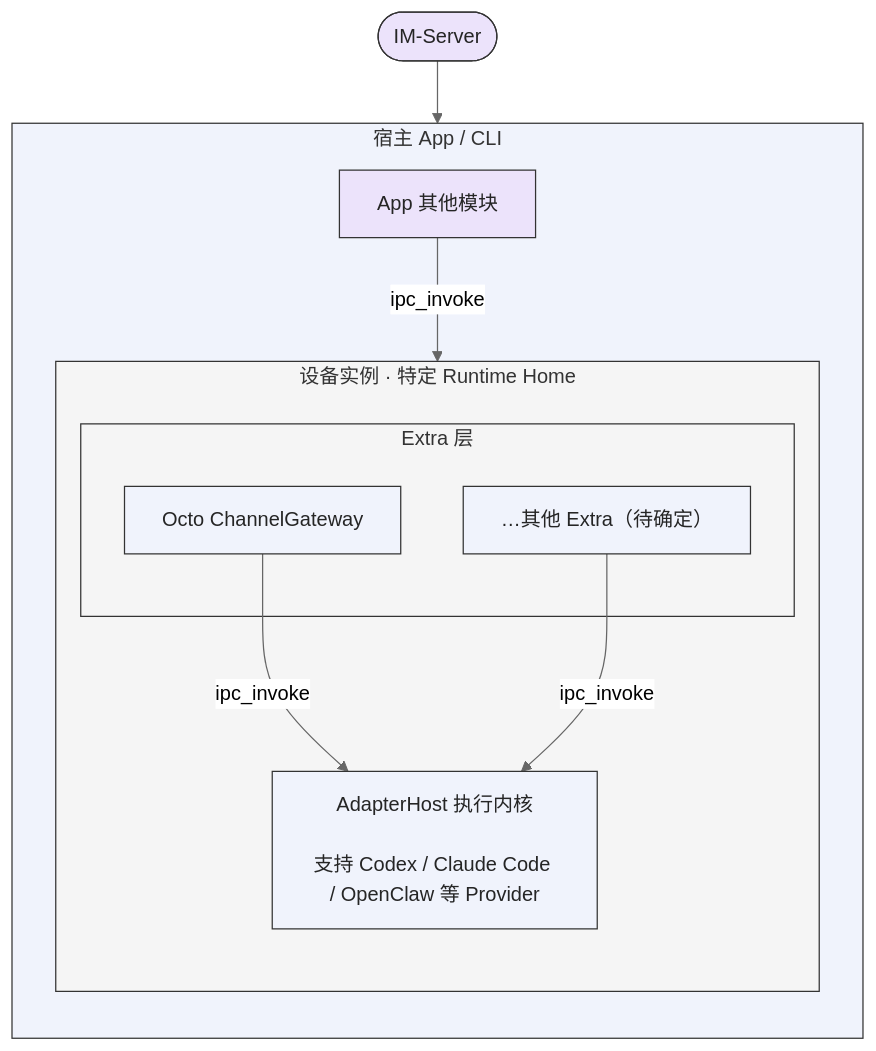
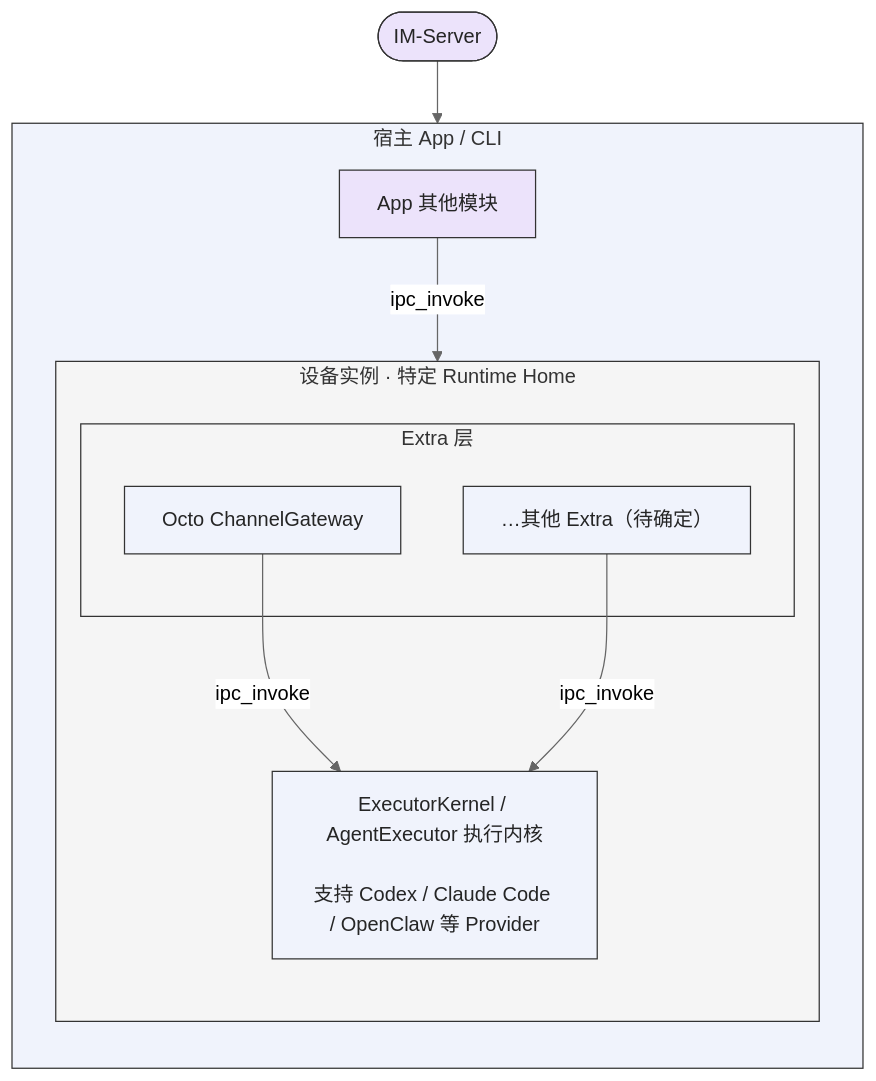
The diagram in .octospec/rules/architecture.md (Mininglamp-OSS/octo-runtime), drawn with Mermaid (neutral theme) before and after one commit. The commit also changed other lines of this file and 303 other files, not shown here.

````diff
--- a/.octospec/rules/architecture.md
+++ b/.octospec/rules/architecture.md
@@ -211,34 +211,34 @@
 ```mermaid
 flowchart TB
     IMServer(["IM-Server"])
 
     subgraph HostApp["宿主 App / CLI"]
         direction TB
         AppModules["App 其他模块"]
 
         subgraph Device["设备实例 · 特定 Runtime Home"]
             direction TB
 
             subgraph Extras["Extra 层"]
                 Gateway["Octo ChannelGateway"]
                 Other["…其他 Extra（待确定）"]
             end
 
-            Kernel["AdapterHost 执行内核<br/><br/>支持 Codex / Claude Code / OpenClaw 等 Provider"]
+            Kernel["ExecutorKernel / AgentExecutor 执行内核<br/><br/>支持 Codex / Claude Code / OpenClaw 等 Provider"]
             Gateway -->|"ipc_invoke"| Kernel
             Other -->|"ipc_invoke"| Kernel
         end
 
         AppModules -->|"ipc_invoke"| Kernel
     end
 
     IMServer --> Gateway
 
     classDef external fill:#ece3fb,stroke:#333,color:#252525;
     classDef module fill:#f0f3fc,stroke:#333,color:#252525;
     class IMServer,AppModules external;
     class Gateway,Other,Kernel module;
     style HostApp fill:#f0f3fc,stroke:#333
     style Device fill:#f5f5f5,stroke:#333
     style Extras fill:#f5f5f5,stroke:#333
 ```
````
